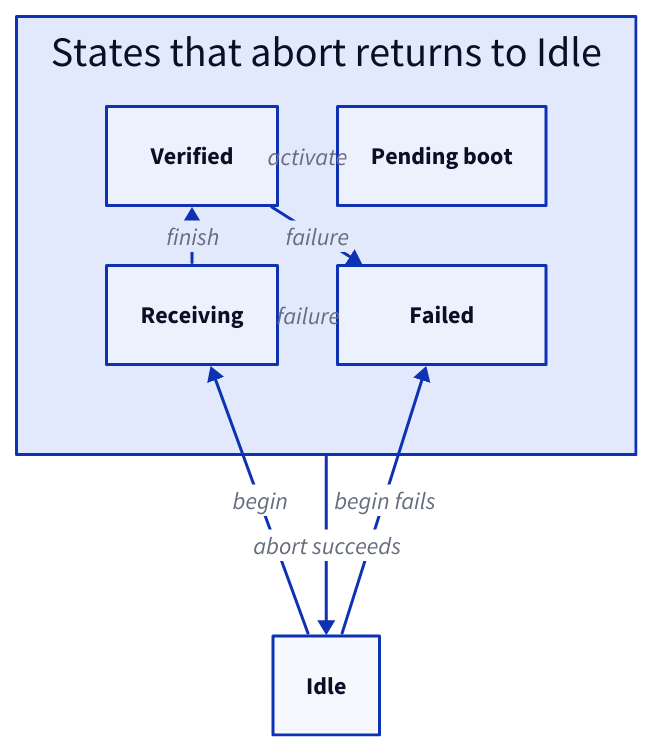
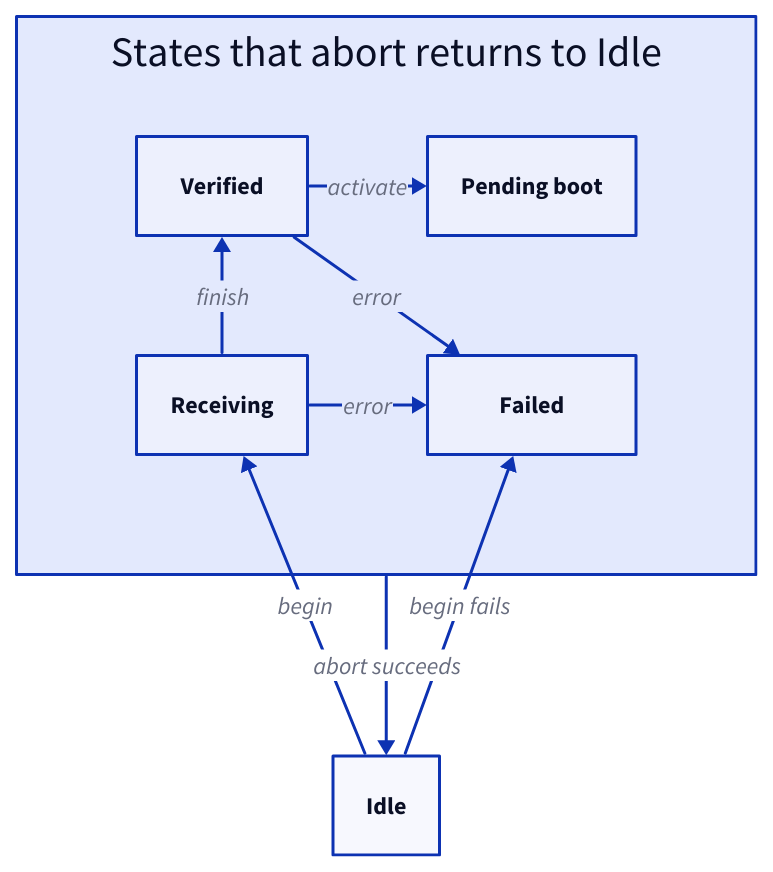
The diagram in src/content/docs/explanation/architecture/libraries/firmware_update.mdx (xila-project/website), drawn with D2 before and after one commit. The commit also changed other lines of this file and 1 other file, not shown here.

Commit message:
docs(diagrams): widen the firmware update grid gap and shorten labels
Set grid-gap to 80 in the abortable states frame of the firmware
update diagram, so the activate and error labels no longer fill the
column gap and hide the arrows, and rename the two failure labels to
error. State in the prose that a failed abort puts the transaction in
Failed, as Core abort() does. Shorten the bootsplash self-loop label to
1600 ms pulse.

````diff
--- a/src/content/docs/explanation/architecture/libraries/firmware_update.mdx
+++ b/src/content/docs/explanation/architecture/libraries/firmware_update.mdx
@@ -25,19 +25,20 @@
 ```d2 title="Firmware update transaction states and failure recovery"
 direction: down
 
 idle: Idle { class: component }
 active: States that abort returns to Idle { class: layer
   grid-columns: 2
+  grid-gap: 80
   verified: Verified { class: component }
   receiving: Receiving { class: component }
   pending_boot: Pending boot { class: component }
   failed: Failed { class: component }
   receiving -> verified: finish
   verified -> pending_boot: activate
-  receiving -> failed: failure
-  verified -> failed: failure
+  receiving -> failed: error
+  verified -> failed: error
 }
 idle -> active.receiving: begin
 idle -> active.failed: begin fails
 active -> idle: abort succeeds
 ```
````
